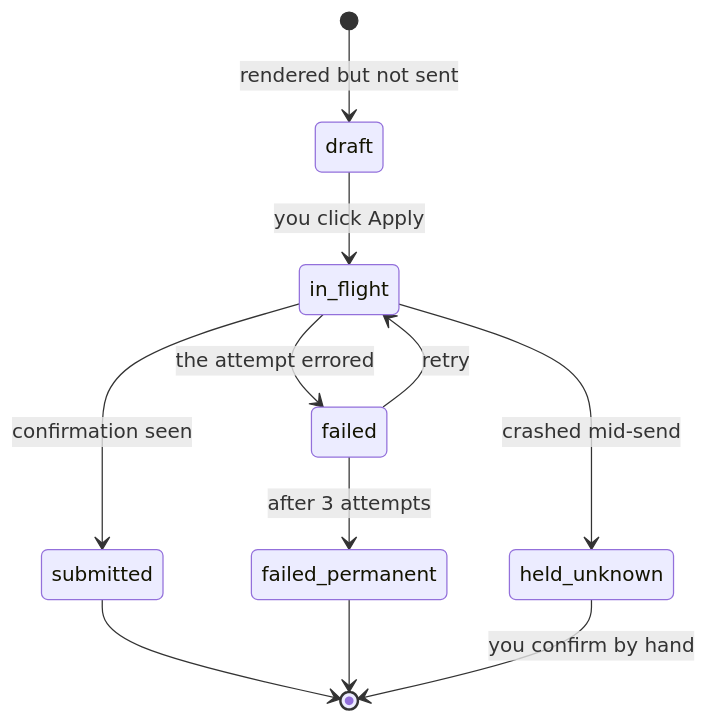
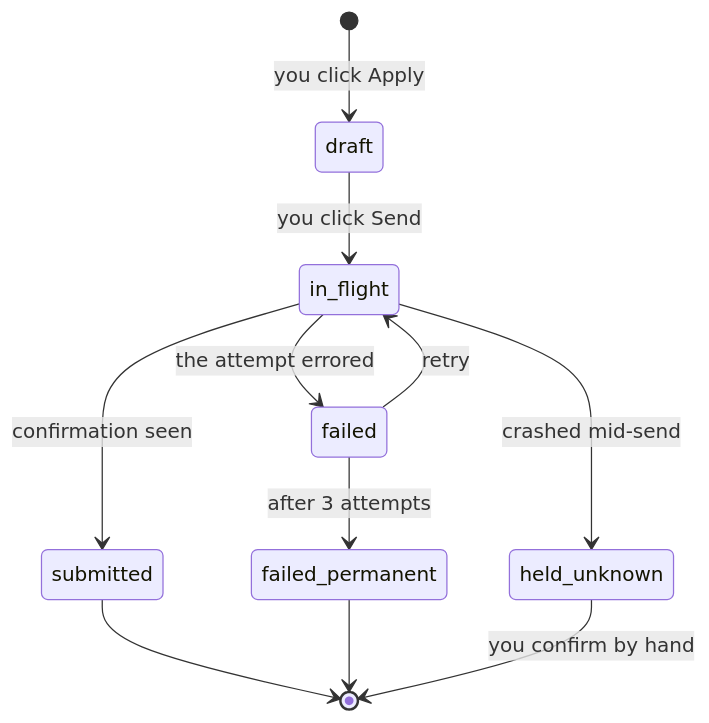
Before and after one commit to sathishr-AIE/career-agent: the fifth of 7 diagrams in docs/architecture-overview.md, drawn with Mermaid. The commit also changed other lines of this file, not shown here.

First line of the commit message:
docs: fix stale application-lifecycle diagrams

````diff
--- a/docs/architecture-overview.md
+++ b/docs/architecture-overview.md
@@ -198,16 +201,16 @@
 ```mermaid
 stateDiagram-v2
-    [*] --> draft: rendered but not sent
+    [*] --> draft: you click Apply
 
-    draft --> in_flight: you click Apply
+    draft --> in_flight: you click Send
     in_flight --> submitted: confirmation seen
     in_flight --> failed: the attempt errored
     in_flight --> held_unknown: crashed mid-send
 
     failed --> in_flight: retry
     failed --> failed_permanent: after 3 attempts
 
     submitted --> [*]
     failed_permanent --> [*]
     held_unknown --> [*]: you confirm by hand
 ```
````
